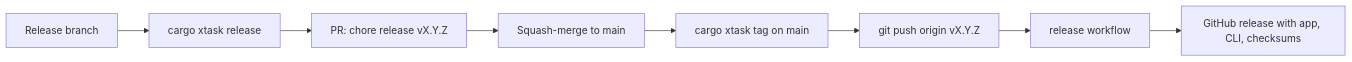
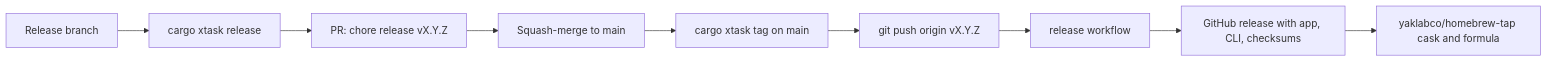
One commit to jamesainslie/camctl changed the diagram in docs/RELEASING.md. Above: the diagram before and after it, drawn with Mermaid. The commit also changed other lines of this file and 15 other files, not shown here.

First line of the commit message:
Camera sleep, and a Homebrew cask and formula in yaklabco/homebrew-tap (#3)

````diff
--- a/docs/RELEASING.md
+++ b/docs/RELEASING.md
@@ -32,10 +32,11 @@
 ```mermaid
 flowchart LR
     branch[Release branch] --> prep[cargo xtask release]
     prep --> pr[PR: chore release vX.Y.Z]
     pr --> merge[Squash-merge to main]
     merge --> tag[cargo xtask tag on main]
     tag --> push[git push origin vX.Y.Z]
     push --> workflow[release workflow]
     workflow --> published[GitHub release with app, CLI, checksums]
+    published --> tap[yaklabco/homebrew-tap cask and formula]
 ```
````
